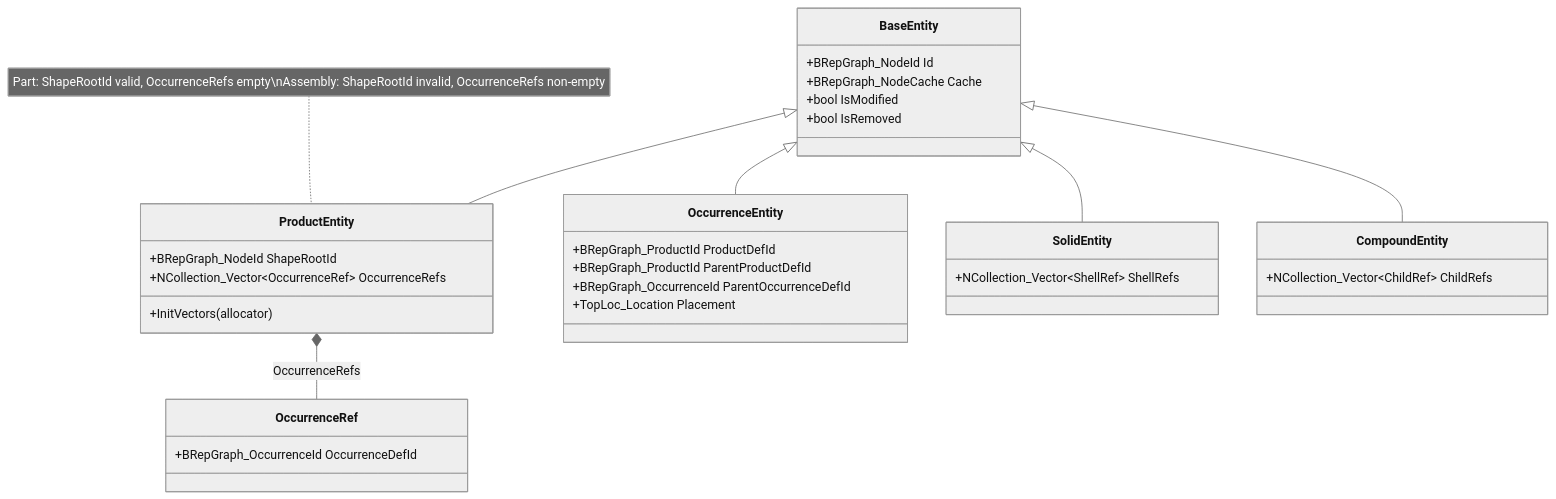
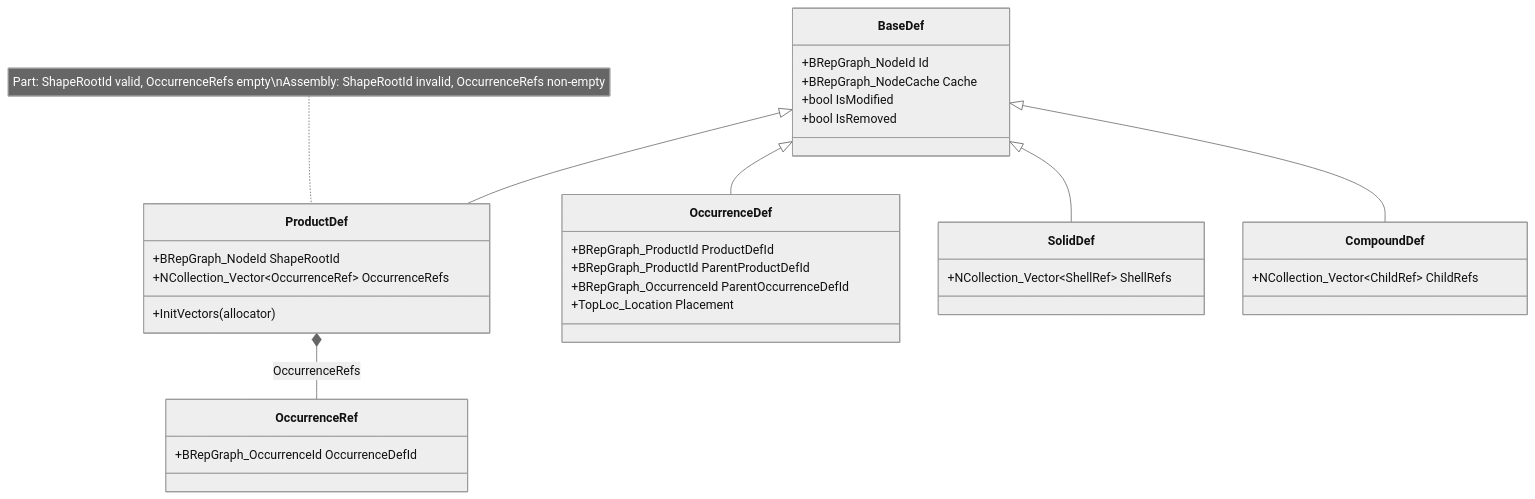
One commit to Open-Cascade-SAS/OCCT changed the fifth of 9 diagrams in src/ModelingData/TKBRep/BRepGraph/TODO_Assembly_Visualization.md. Above: the diagram before and after it, drawn with Mermaid (neutral theme). The commit also changed 83 other files, not shown here.

````diff
--- a/src/ModelingData/TKBRep/BRepGraph/TODO_Assembly_Visualization.md
+++ b/src/ModelingData/TKBRep/BRepGraph/TODO_Assembly_Visualization.md
@@ -186,42 +186,42 @@
 ```mermaid
 classDiagram
-    class BaseEntity {
+    class BaseDef {
         +BRepGraph_NodeId Id
         +BRepGraph_NodeCache Cache
         +bool IsModified
         +bool IsRemoved
     }
 
-    class ProductEntity {
+    class ProductDef {
         +BRepGraph_NodeId ShapeRootId
         +NCollection_Vector~OccurrenceRef~ OccurrenceRefs
         +InitVectors(allocator)
     }
 
-    class OccurrenceEntity {
+    class OccurrenceDef {
         +BRepGraph_ProductId ProductDefId
         +BRepGraph_ProductId ParentProductDefId
         +BRepGraph_OccurrenceId ParentOccurrenceDefId
         +TopLoc_Location Placement
     }
 
     class OccurrenceRef {
         +BRepGraph_OccurrenceId OccurrenceDefId
     }
 
-    BaseEntity <|-- ProductEntity
-    BaseEntity <|-- OccurrenceEntity
-    ProductEntity *-- OccurrenceRef : OccurrenceRefs
+    BaseDef <|-- ProductDef
+    BaseDef <|-- OccurrenceDef
+    ProductDef *-- OccurrenceRef : OccurrenceRefs
 
-    class SolidEntity {
+    class SolidDef {
         +NCollection_Vector~ShellRef~ ShellRefs
     }
-    class CompoundEntity {
+    class CompoundDef {
         +NCollection_Vector~ChildRef~ ChildRefs
     }
 
-    BaseEntity <|-- SolidEntity
-    BaseEntity <|-- CompoundEntity
+    BaseDef <|-- SolidDef
+    BaseDef <|-- CompoundDef
 
-    note for ProductEntity "Part: ShapeRootId valid, OccurrenceRefs empty\nAssembly: ShapeRootId invalid, OccurrenceRefs non-empty"
+    note for ProductDef "Part: ShapeRootId valid, OccurrenceRefs empty\nAssembly: ShapeRootId invalid, OccurrenceRefs non-empty"
 ```
````
